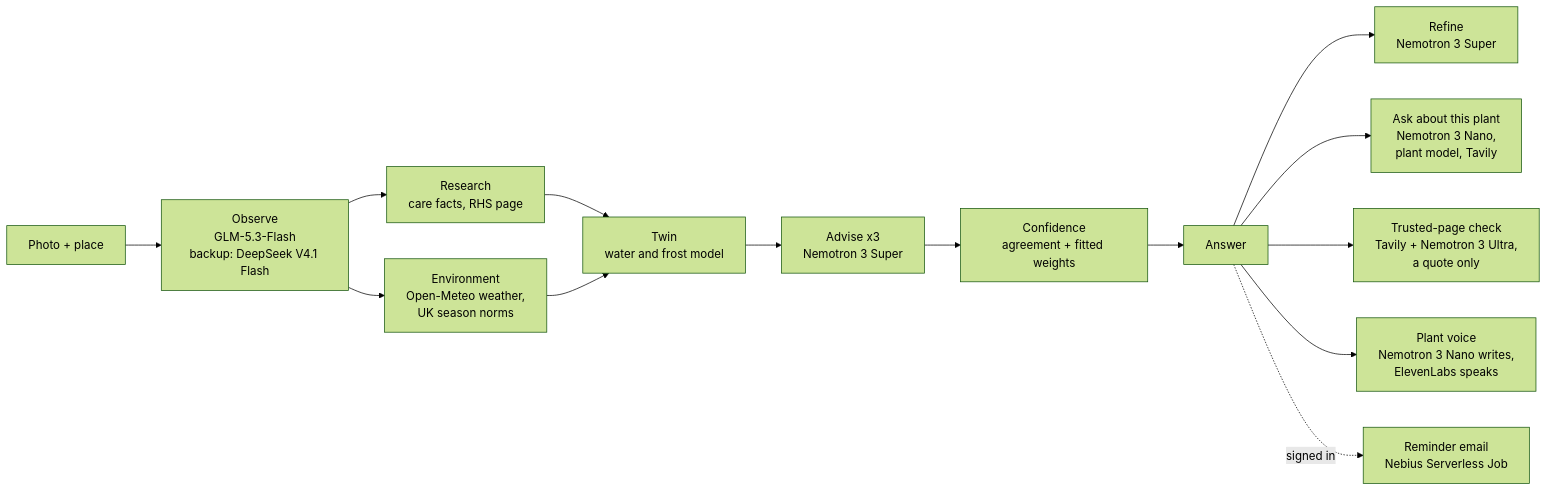
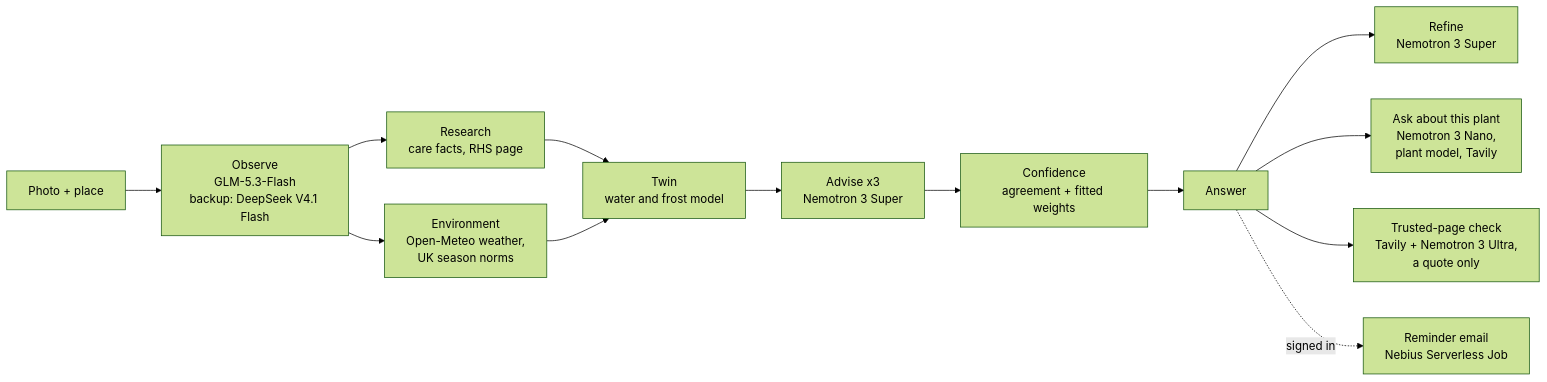
The diagram in README.md (thekashifnazir/herbtwin), drawn with Mermaid (forest theme) before and after one commit. The commit also changed other lines of this file and 50 other files, not shown here.

````diff
--- a/README.md
+++ b/README.md
@@ -45,16 +112,15 @@
 ```mermaid
 flowchart LR
     P[Photo + place] --> O[Observe<br/>GLM-5.3-Flash<br/>backup: DeepSeek V4.1 Flash]
     O --> R[Research<br/>care facts, RHS page]
     O --> E[Environment<br/>Open-Meteo weather,<br/>UK season norms]
     R --> T[Twin<br/>water and frost model]
     E --> T
     T --> A[Advise x3<br/>Nemotron 3 Super]
     A --> C[Confidence<br/>agreement + fitted weights]
     C --> ANS[Answer]
     ANS --> RF[Refine<br/>Nemotron 3 Super]
     ANS --> ASK[Ask about this plant<br/>Nemotron 3 Nano,<br/>plant model, Tavily]
     ANS --> TP[Trusted-page check<br/>Tavily + Nemotron 3 Ultra,<br/>a quote only]
-    ANS --> V[Plant voice<br/>Nemotron 3 Nano writes,<br/>ElevenLabs speaks]
     ANS -. signed in .-> REM[Reminder email<br/>Nebius Serverless Job]
 ```
````
